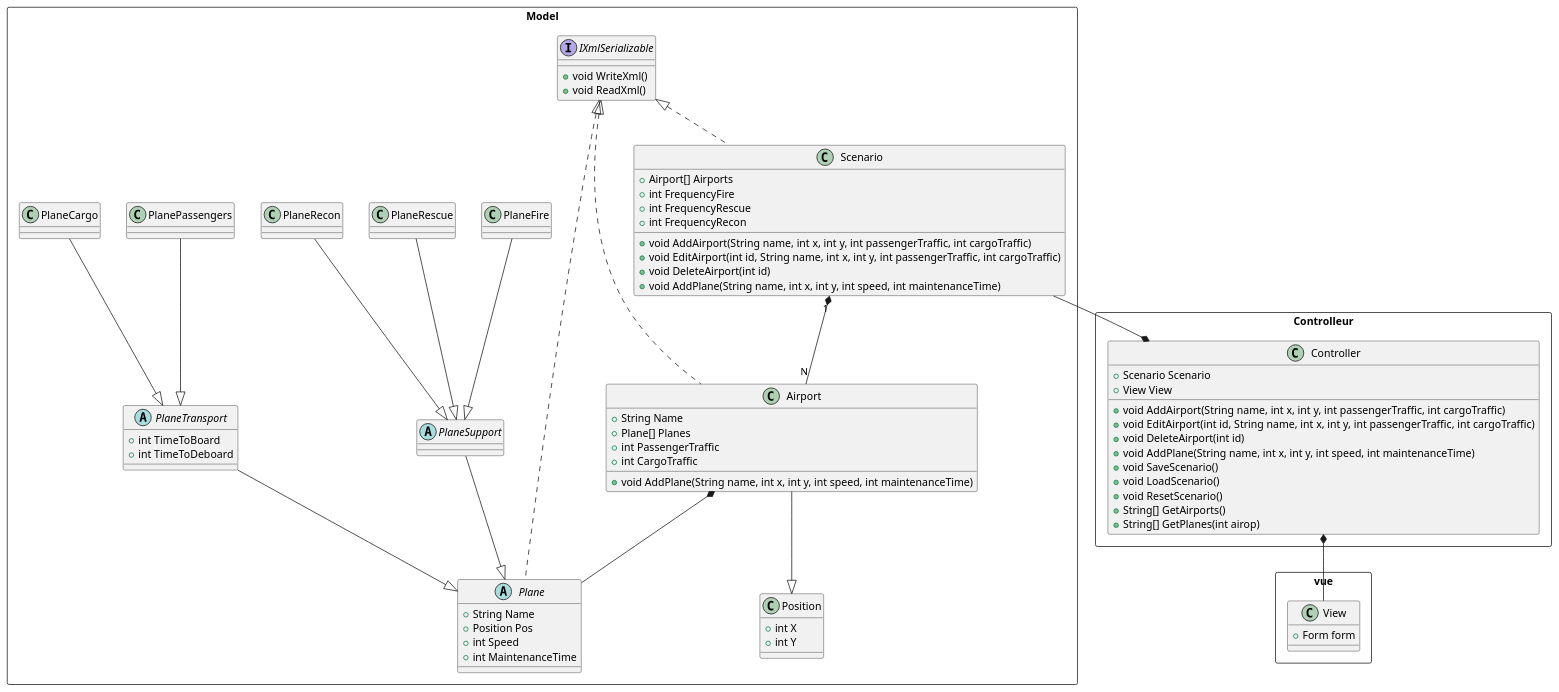
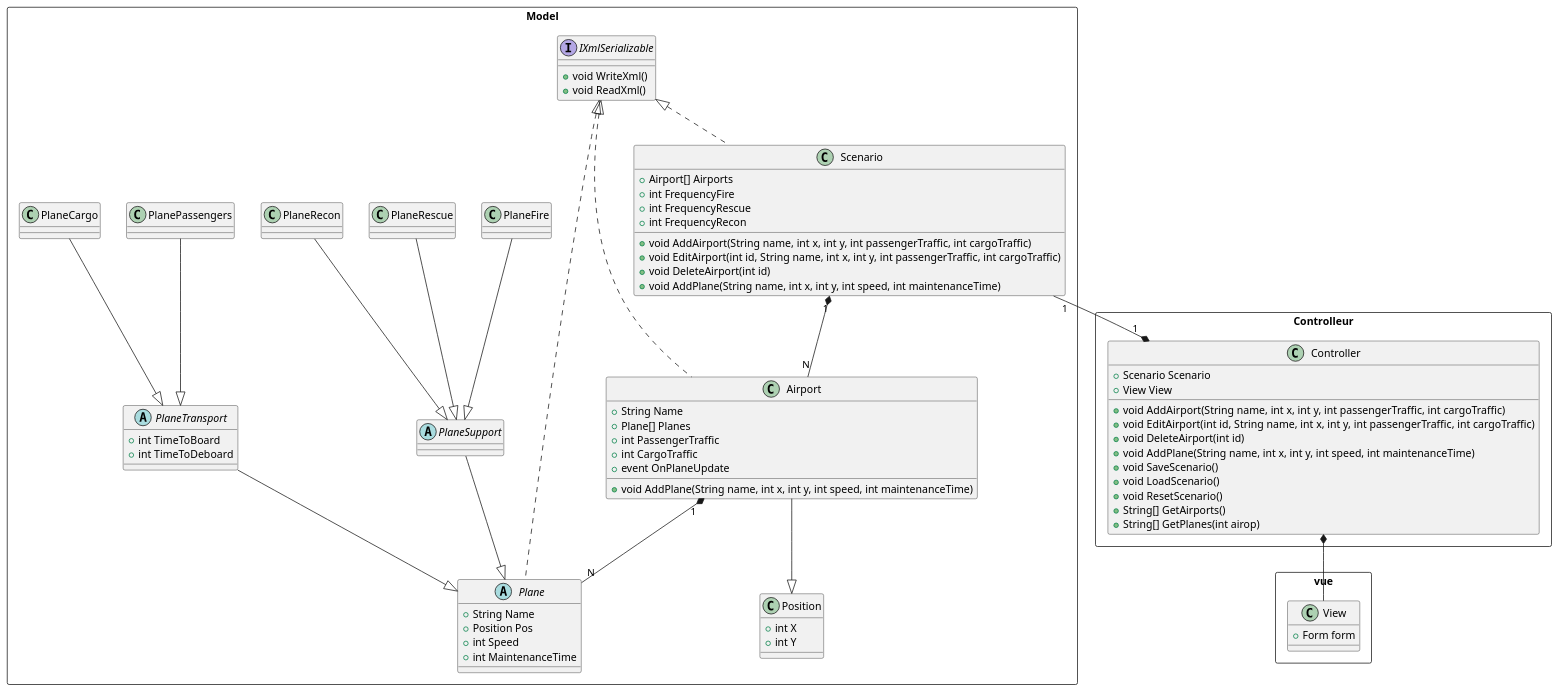
One commit to Homespore165/tututut changed the diagram in PlaneTP/Documentation/ClassDiagramGen.puml. Above: the diagram before and after it, drawn with PlantUML. The commit also changed 21 other files, not shown here.

```diff
--- a/PlaneTP/Documentation/ClassDiagramGen.puml
+++ b/PlaneTP/Documentation/ClassDiagramGen.puml
@@ -1,93 +1,94 @@
 @startuml
 
 rectangle vue {
 	class View {
 		+Form form
 	}
 }
 
 rectangle Controlleur {
 class Controller {
 	+ Scenario Scenario
 	+ View View
 	+ void AddAirport(String name, int x, int y, int passengerTraffic, int cargoTraffic)
 	+ void EditAirport(int id, String name, int x, int y, int passengerTraffic, int cargoTraffic)
 	+ void DeleteAirport(int id)
 	+ void AddPlane(String name, int x, int y, int speed, int maintenanceTime)
 	+ void SaveScenario()
 	+ void LoadScenario()
 	+ void ResetScenario()
 	+ String[] GetAirports()
 	+ String[] GetPlanes(int airop)
 }
 }
 
 rectangle Model {
 class Scenario {
 	+ Airport[] Airports 
 	+ int FrequencyFire
 	+ int FrequencyRescue
 	+ int FrequencyRecon
 	+ void AddAirport(String name, int x, int y, int passengerTraffic, int cargoTraffic)
 	+ void EditAirport(int id, String name, int x, int y, int passengerTraffic, int cargoTraffic)
 	+ void DeleteAirport(int id)
 	+ void AddPlane(String name, int x, int y, int speed, int maintenanceTime)
 }
 
 interface IXmlSerializable {
 	+ void WriteXml()
 	+ void ReadXml()
 }
 
 class Position {
 	+ int X
 	+ int Y
 }
 
 abstract class Plane {
 	+ String Name
 	+ Position Pos
 	+ int Speed
 	+ int MaintenanceTime
 }
 
 abstract class PlaneTransport {
 	+ int TimeToBoard
 	+ int TimeToDeboard
 }
 
 abstract class PlaneSupport {
 }
 
 class Airport {
 	+ String Name
 	+ Plane[] Planes
 	+ int PassengerTraffic
 	+ int CargoTraffic
+	+ event OnPlaneUpdate
 	+ void AddPlane(String name, int x, int y, int speed, int maintenanceTime)
 }
 
 class PlaneCargo {}
 class PlaneRecon{}
 class PlanePassengers{}
 class PlaneFire{}
 class PlaneRescue{}
 }
 
 PlaneTransport --|> Plane
 PlaneSupport --|> Plane
 PlaneCargo --|> PlaneTransport
 PlanePassengers --|> PlaneTransport
 PlaneFire --|> PlaneSupport
 PlaneRescue --|> PlaneSupport
 PlaneRecon --|> PlaneSupport
 Airport --|> Position
-Airport *-- Plane
+Airport "1" *-- "N" Plane
 Scenario "1" *-- "N" Airport
-Scenario --* Controller
+Scenario "1" --* "1" Controller
 Controller *-- View
 
 IXmlSerializable <|-. Scenario
 IXmlSerializable <|-. Plane
 IXmlSerializable <|-. Airport
 @enduml
```
